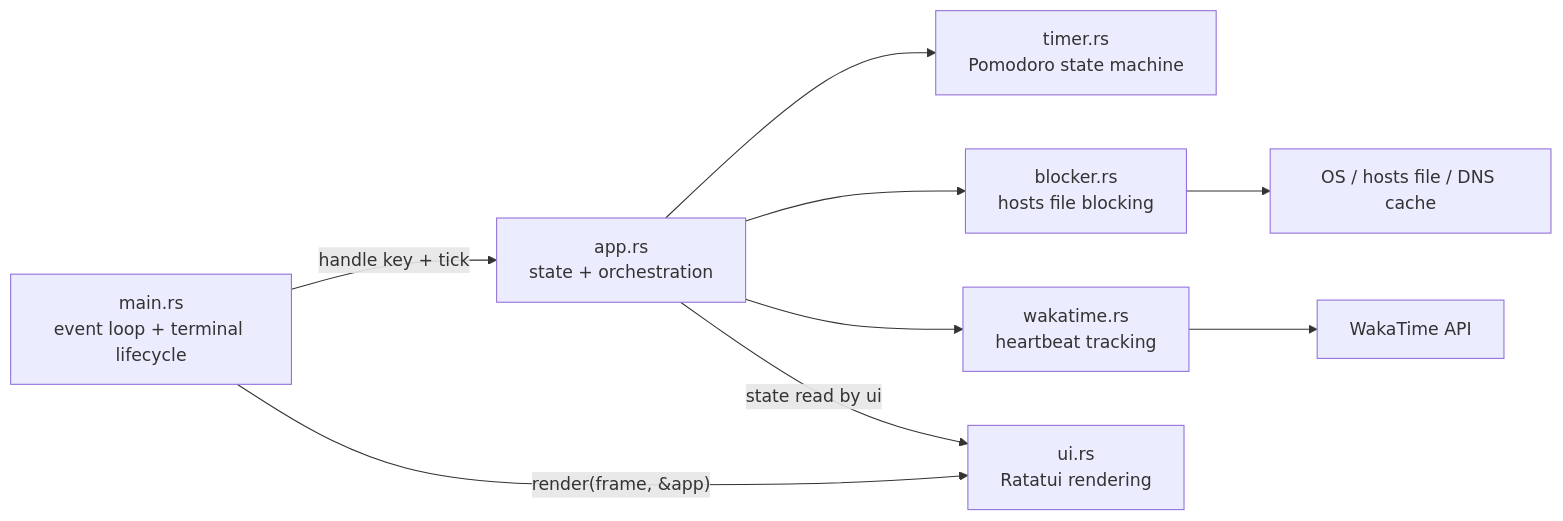
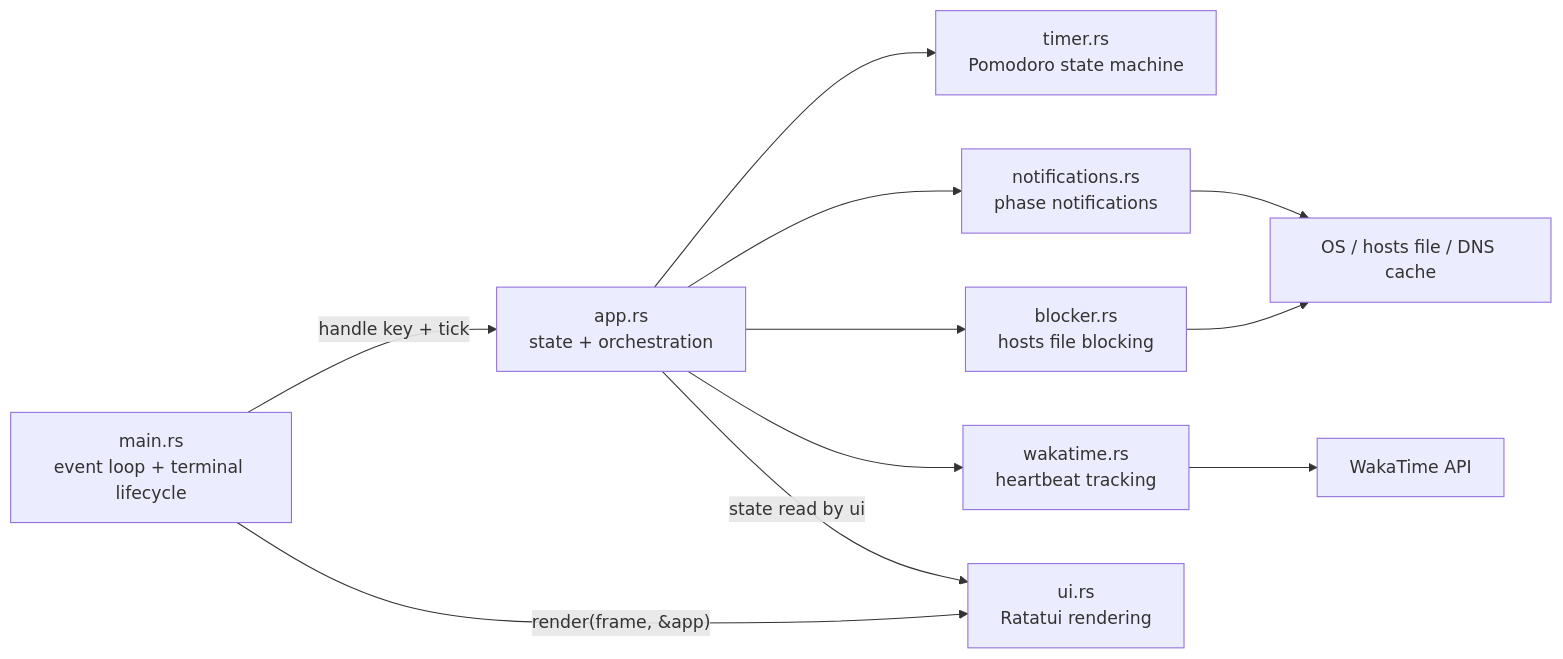
The first of 2 diagrams in ARCHITECTURE.md (utilForever/focustime), drawn with Mermaid before and after one commit. The commit also changed other lines of this file and 7 other files, not shown here.

First line of the commit message:
feat: add phase notifications and optional sound

````diff
--- a/ARCHITECTURE.md
+++ b/ARCHITECTURE.md
@@ -9,20 +9,23 @@
 ```mermaid
 flowchart LR
     M["main.rs<br/>event loop + terminal lifecycle"]
     A["app.rs<br/>state + orchestration"]
     T["timer.rs<br/>Pomodoro state machine"]
     B["blocker.rs<br/>hosts file blocking"]
     W["wakatime.rs<br/>heartbeat tracking"]
+    N["notifications.rs<br/>phase notifications"]
     U["ui.rs<br/>Ratatui rendering"]
     OS["OS / hosts file / DNS cache"]
     API["WakaTime API"]
 
     M -->|"handle key + tick"| A
     M -->|"render(frame, &app)"| U
     A --> T
     A --> B
     A --> W
+    A --> N
     A -->|"state read by ui"| U
     B --> OS
     W --> API
+    N --> OS
 ```
````
